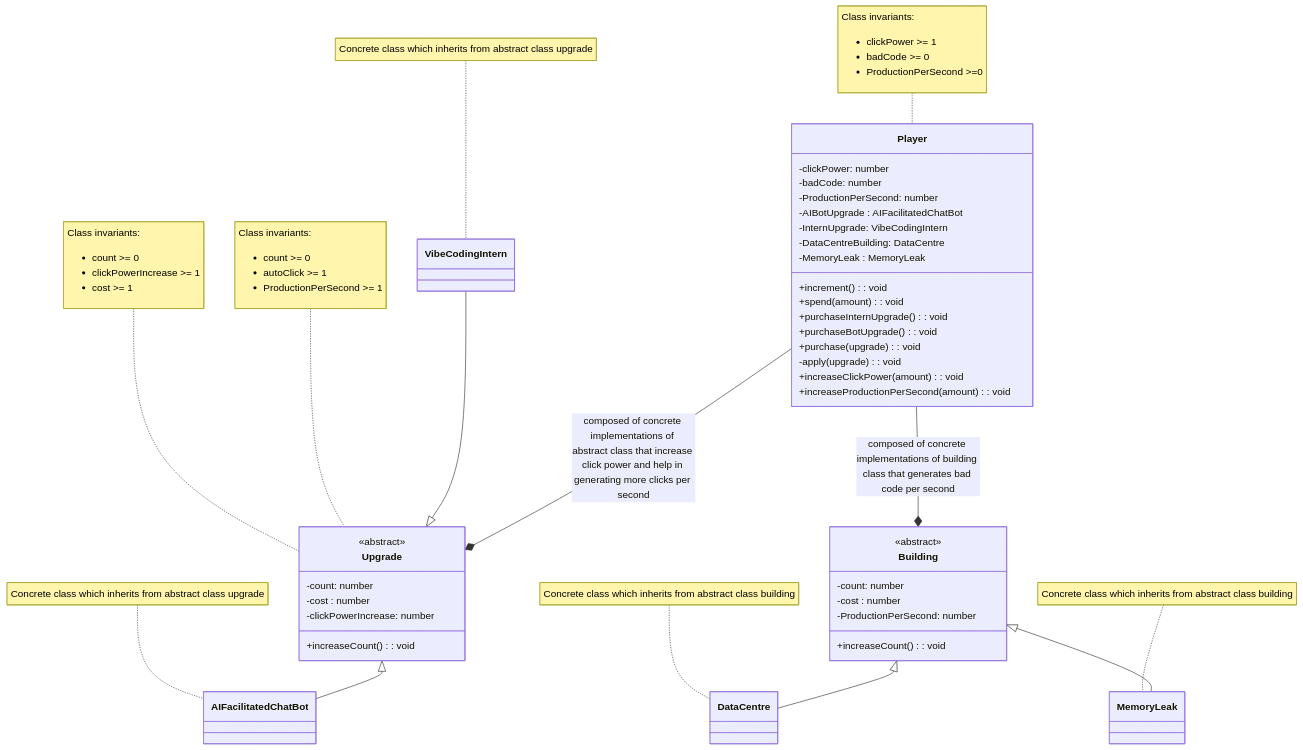
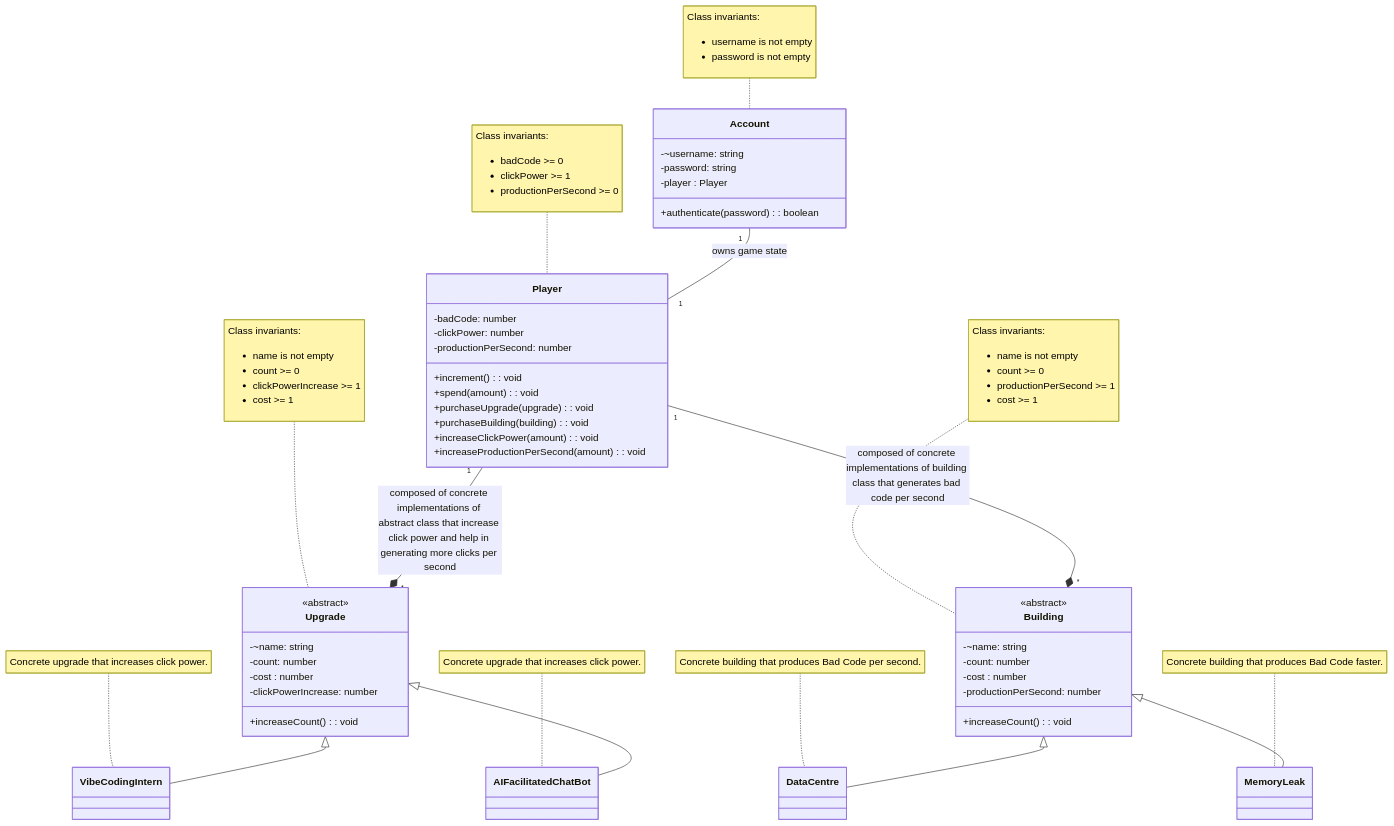
One commit to MoulikB/2452-project changed the diagram in domain.md. Above: the diagram before and after it, drawn with Mermaid. The commit also changed 2 other files, not shown here.

Commit message:
Updated domain flows and sql

````diff
--- a/domain.md
+++ b/domain.md
@@ -11,33 +11,41 @@
 ```mermaid
 classDiagram
 
+class Account {
+    -~username: string
+    -password: string
+    -player : Player
+    +authenticate(password): boolean
+}
+
+note for Account "Class invariants:
+<ul>
+<li>username is not empty</li>
+<li>password is not empty</li>
+</ul>"
+
 class Player {
+    -badCode: number
     -clickPower: number
-    -badCode: number
-    -ProductionPerSecond: number
-    -AIBotUpgrade : AIFacilitatedChatBot
-    -InternUpgrade: VibeCodingIntern
-    -DataCentreBuilding: DataCentre
-    -MemoryLeak : MemoryLeak
-    +increment() : void
+    -productionPerSecond: number
+    +increment(): void
     +spend(amount): void
-    +purchaseInternUpgrade(): void
-    +purchaseBotUpgrade(): void
-    +purchase(upgrade): void
-    -apply(upgrade): void
+    +purchaseUpgrade(upgrade): void
+    +purchaseBuilding(building): void
     +increaseClickPower(amount): void
     +increaseProductionPerSecond(amount): void
 }
 
 note for Player "Class invariants:
 <ul>
+<li>badCode >= 0</li>
 <li>clickPower >= 1</li>
-<li>badCode >= 0</li>
-<li>ProductionPerSecond >=0 </li>
+<li>productionPerSecond >= 0</li>
 </ul>"
 
 class Upgrade {
     <<abstract>>
+    -~name: string
     -count: number
     -cost : number
     -clickPowerIncrease: number
@@ -46,6 +54,7 @@
 
 note for Upgrade "Class invariants:
 <ul>
+<li>name is not empty</li>
 <li>count >= 0</li>
 <li>clickPowerIncrease >= 1</li>
 <li>cost >= 1</li>
@@ -55,44 +64,46 @@
 
 class AIFacilitatedChatBot
 
-note for VibeCodingIntern "Concrete class which inherits from abstract class upgrade"
-
-note for AIFacilitatedChatBot "Concrete class which inherits from abstract class upgrade"
-
-
-VibeCodingIntern --|> Upgrade
-Upgrade <|-- AIFacilitatedChatBot
+note for VibeCodingIntern "Concrete upgrade that increases click power."
+note for AIFacilitatedChatBot "Concrete upgrade that increases click power."
 
 
 
-Player --* Upgrade : composed of concrete implementations of abstract class that increase click power and help in generating more clicks per second
+
+
+Player "1" --* "*" Upgrade : composed of concrete implementations of abstract class that increase click power and help in generating more clicks per second
 
 class Building {
     <<abstract>>
+    -~name: string
     -count: number
     -cost : number
-    -ProductionPerSecond: number
+    -productionPerSecond: number
     +increaseCount(): void
 }
+
+note for Building "Class invariants:
+<ul>
+<li>name is not empty</li>
+<li>count >= 0</li>
+<li>productionPerSecond >= 1</li>
+<li>cost >= 1</li>
+</ul>"
 
 class DataCentre
 
 class MemoryLeak
 
-note for Upgrade "Class invariants:
-<ul>
-<li> count >= 0</li>
-<li> autoClick >= 1</li>
-<li> ProductionPerSecond >= 1 </li>
-</ul>"
+Account "1" -- "1" Player : owns game state
 
-note for DataCentre "Concrete class which inherits from abstract class building"
-note for MemoryLeak "Concrete class which inherits from abstract class building"
+note for DataCentre "Concrete building that produces Bad Code per second."
+note for MemoryLeak "Concrete building that produces Bad Code faster."
+
+Upgrade <|-- VibeCodingIntern
+Upgrade <|-- AIFacilitatedChatBot
 
 Building <|-- DataCentre
 Building <|-- MemoryLeak
 
-
-
-Player --* Building : composed of concrete implementations of building class that generates bad code per second
+Player "1" --* "*" Building : composed of concrete implementations of building class that generates bad code per second
 ```
````
